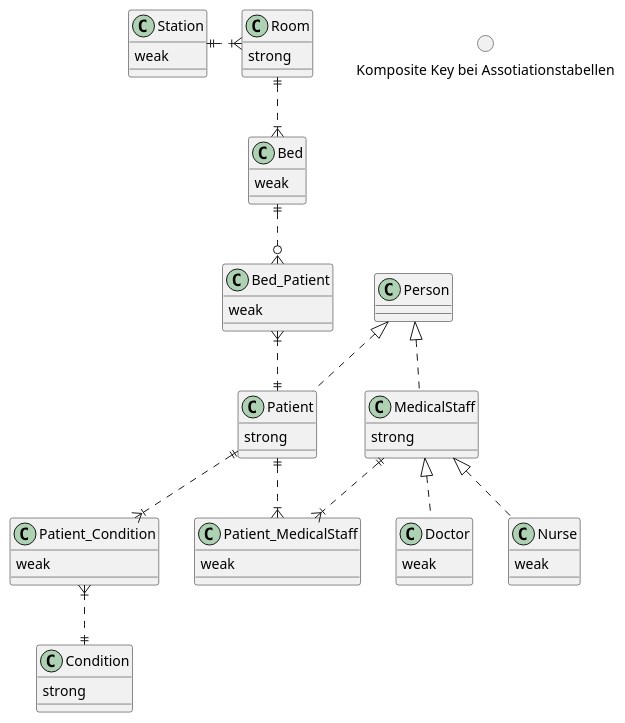
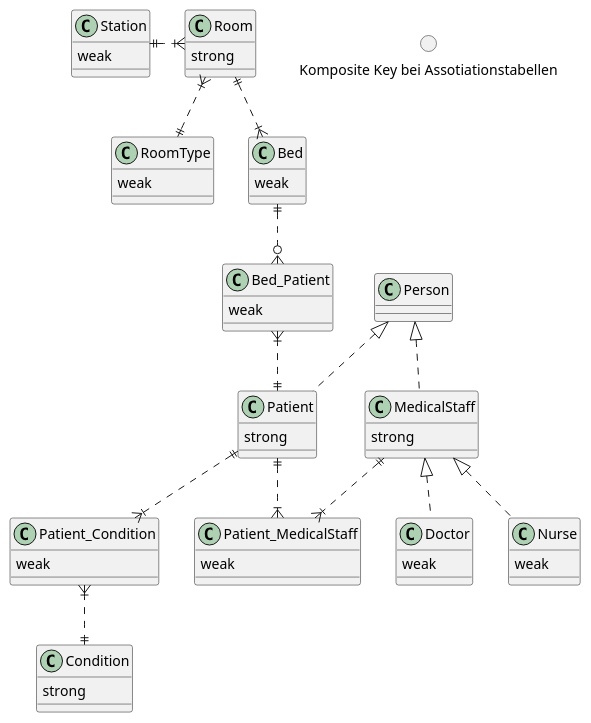
One commit to AnnaHartl/HospitalDBI changed the diagram in hospital_erd.puml. Above: the diagram before and after it, drawn with PlantUML.

Commit message:
erd added look-up-table

```diff
--- a/hospital_erd.puml
+++ b/hospital_erd.puml
@@ -1,62 +1,67 @@
 @startuml
+Room }|..|| RoomType
 Bed }|.u.|| Room
 Room }|.l.|| Station
 Bed ||..o{ Bed_Patient
 Bed_Patient }|..|| Patient
 Patient ||..|{ Patient_MedicalStaff
 MedicalStaff ||..|{ Patient_MedicalStaff
 MedicalStaff <|.. Doctor
 MedicalStaff <|.. Nurse
 Person <|.. MedicalStaff
 Person <|.. Patient
 
 Patient ||..|{ Patient_Condition
 Condition ||.u.|{ Patient_Condition
 
 circle "Komposite Key bei Assotiationstabellen"
 
 class Room {
  strong
 }
 
 class Bed {
  weak
 }
 
 class Station {
  weak
 }
 
 class Bed_Patient {
  weak
 }
 
 class Patient {
  strong
 }
 
 class Patient_Condition {
  weak
 }
 
 class Condition {
  strong
 }
 
 class Doctor {
  weak
 }
 
 class Nurse {
  weak
 }
 
 class MedicalStaff {
  strong
 }
 
 class Patient_MedicalStaff {
  weak
 }
 
+class RoomType{
+    weak
+}
+
 @enduml
```
